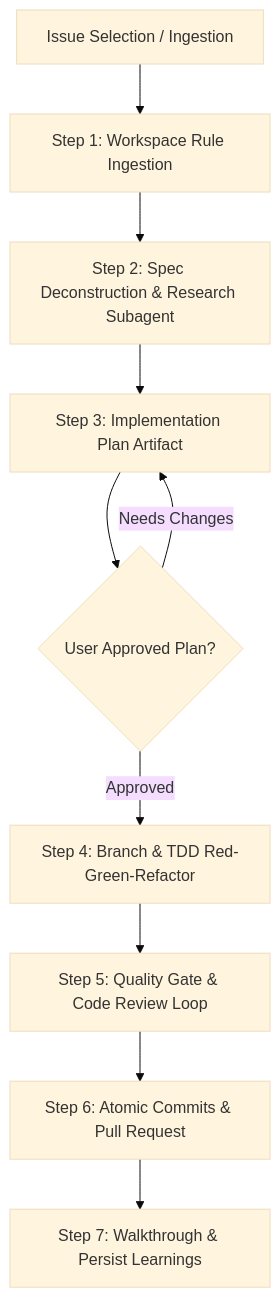
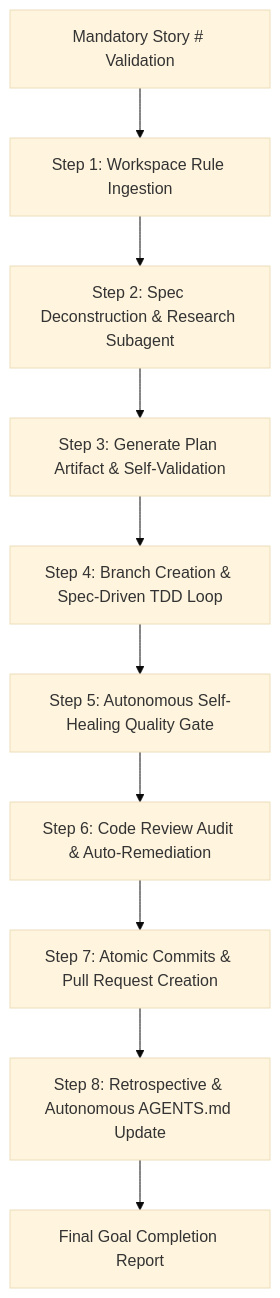
Before and after one commit to premkumar-masilamani/skills: the diagram in software/implement-github-story/SKILL.md, drawn with Mermaid (base theme). The commit also changed other lines of this file and 27 other files, not shown here.

First line of the commit message:
feat(skills): autonomous implement-github-story, interactive mode, and skill modernizations (#7)

````diff
--- a/software/implement-github-story/SKILL.md
+++ b/software/implement-github-story/SKILL.md
@@ -15,12 +18,12 @@
 ```mermaid
 flowchart TD
-    A[Issue Selection / Ingestion] --> B[Step 1: Workspace Rule Ingestion]
+    A[Mandatory Story # Validation] --> B[Step 1: Workspace Rule Ingestion]
     B --> C[Step 2: Spec Deconstruction & Research Subagent]
-    C --> D[Step 3: Implementation Plan Artifact]
-    D --> E{User Approved Plan?}
-    E -- Needs Changes --> D
-    E -- Approved --> F[Step 4: Branch & TDD Red-Green-Refactor]
-    F --> G[Step 5: Quality Gate & Code Review Loop]
-    G --> H[Step 6: Atomic Commits & Pull Request]
-    H --> I[Step 7: Walkthrough & Persist Learnings]
+    C --> D[Step 3: Generate Plan Artifact & Self-Validation]
+    D --> E[Step 4: Branch Creation & Spec-Driven TDD Loop]
+    E --> F[Step 5: Autonomous Self-Healing Quality Gate]
+    F --> G[Step 6: Code Review Audit & Auto-Remediation]
+    G --> H[Step 7: Atomic Commits & Pull Request Creation]
+    H --> I[Step 8: Retrospective & Autonomous AGENTS.md Update]
+    I --> J[Final Goal Completion Report]
 ```
````
